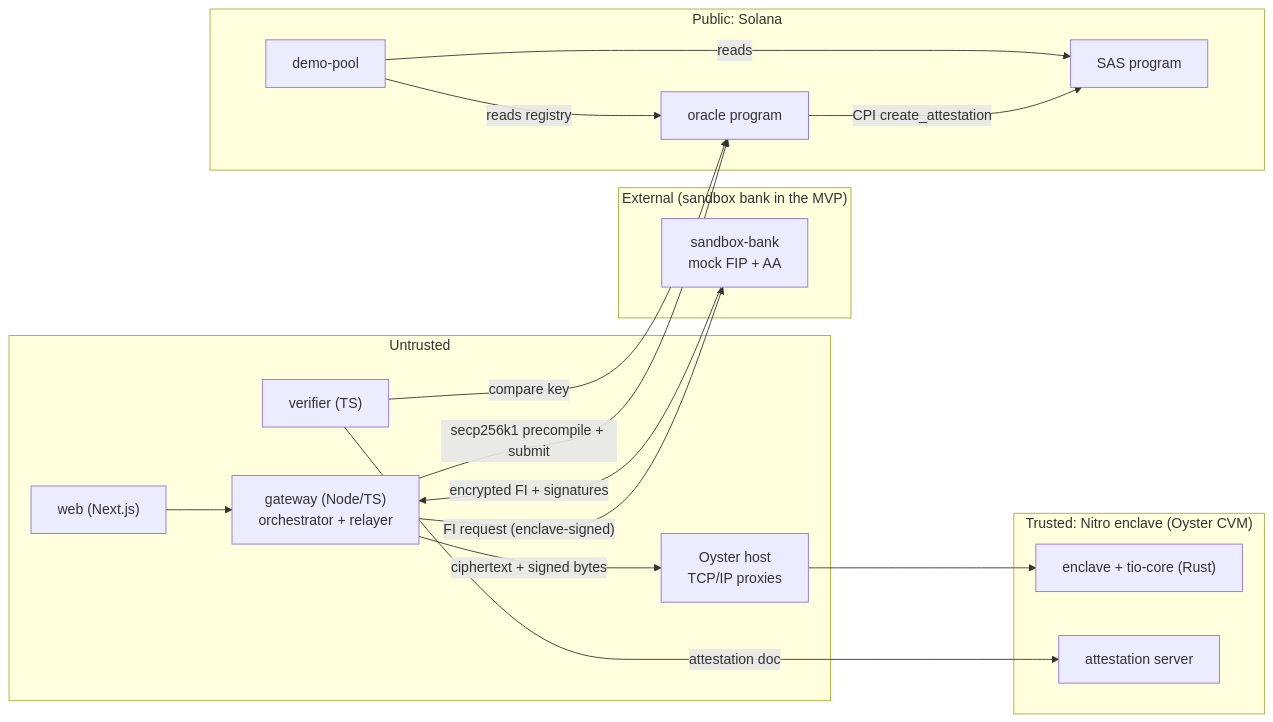
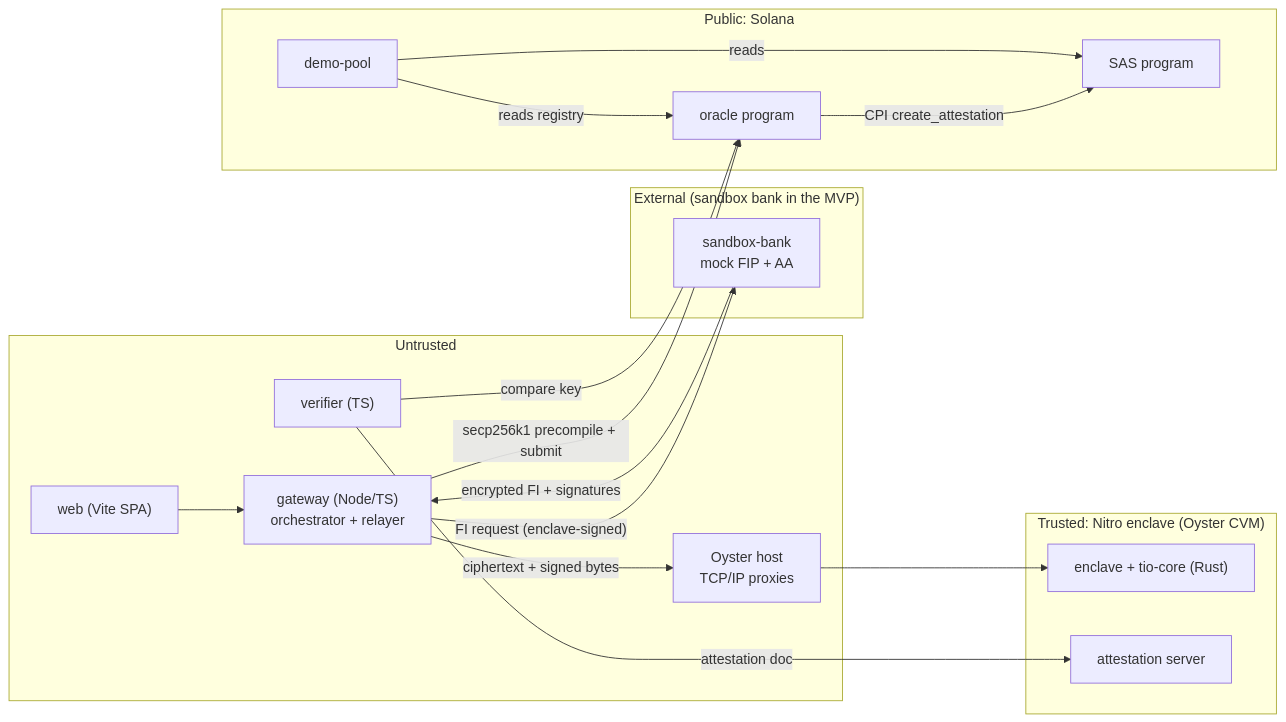
The first of 2 diagrams in docs/ARCHITECTURE.md (pandaa880/tee-income-oracle), drawn with Mermaid before and after one commit. The commit also changed 57 other files, not shown here.

````diff
--- a/docs/ARCHITECTURE.md
+++ b/docs/ARCHITECTURE.md
@@ -38,31 +38,31 @@
 ```mermaid
 flowchart LR
   subgraph U["Untrusted"]
-    WEB["web (Next.js)"]
+    WEB["web (Vite SPA)"]
     GW["gateway (Node/TS)<br/>orchestrator + relayer"]
     HOST["Oyster host<br/>TCP/IP proxies"]
     VER["verifier (TS)"]
   end
   subgraph X["External (sandbox bank in the MVP)"]
     FIP["sandbox-bank<br/>mock FIP + AA"]
   end
   subgraph T["Trusted: Nitro enclave (Oyster CVM)"]
     ENC["enclave + tio-core (Rust)"]
     ATT["attestation server"]
   end
   subgraph C["Public: Solana"]
     OR["oracle program"]
     SAS["SAS program"]
     POOL["demo-pool"]
   end
   WEB --> GW
   GW -->|"ciphertext + signed bytes"| HOST --> ENC
   GW -->|"FI request (enclave-signed)"| FIP
   FIP -->|"encrypted FI + signatures"| GW
   GW -->|"secp256k1 precompile + submit"| OR
   OR -->|"CPI create_attestation"| SAS
   POOL -->|"reads"| SAS
   POOL -->|"reads registry"| OR
   VER -->|"attestation doc"| ATT
   VER -->|"compare key"| OR
 ```
````
